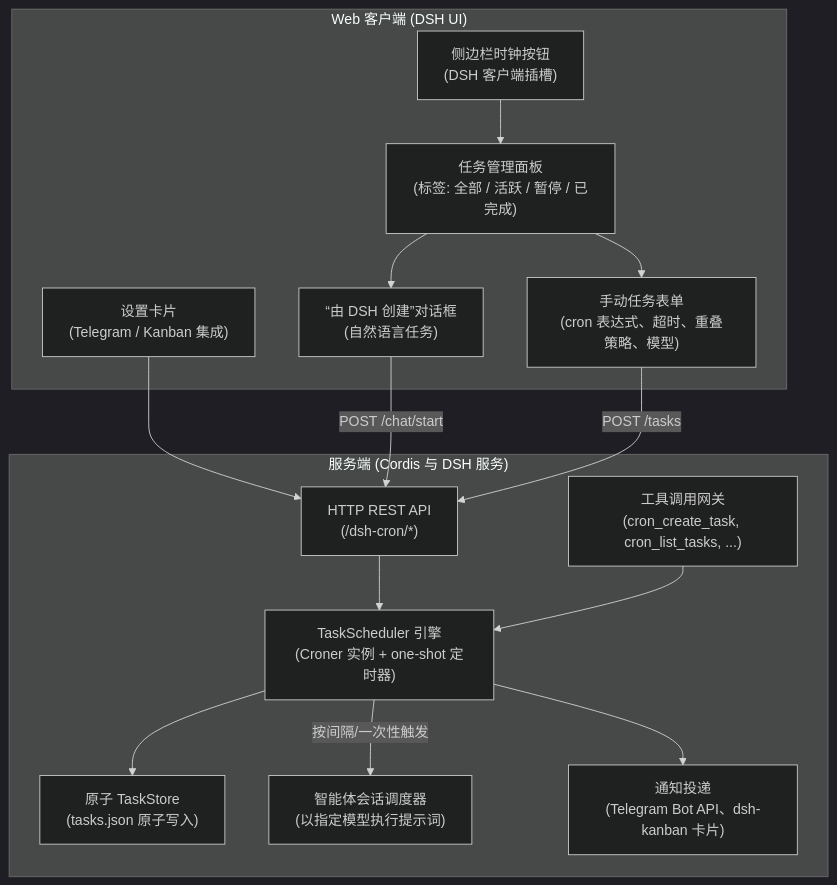
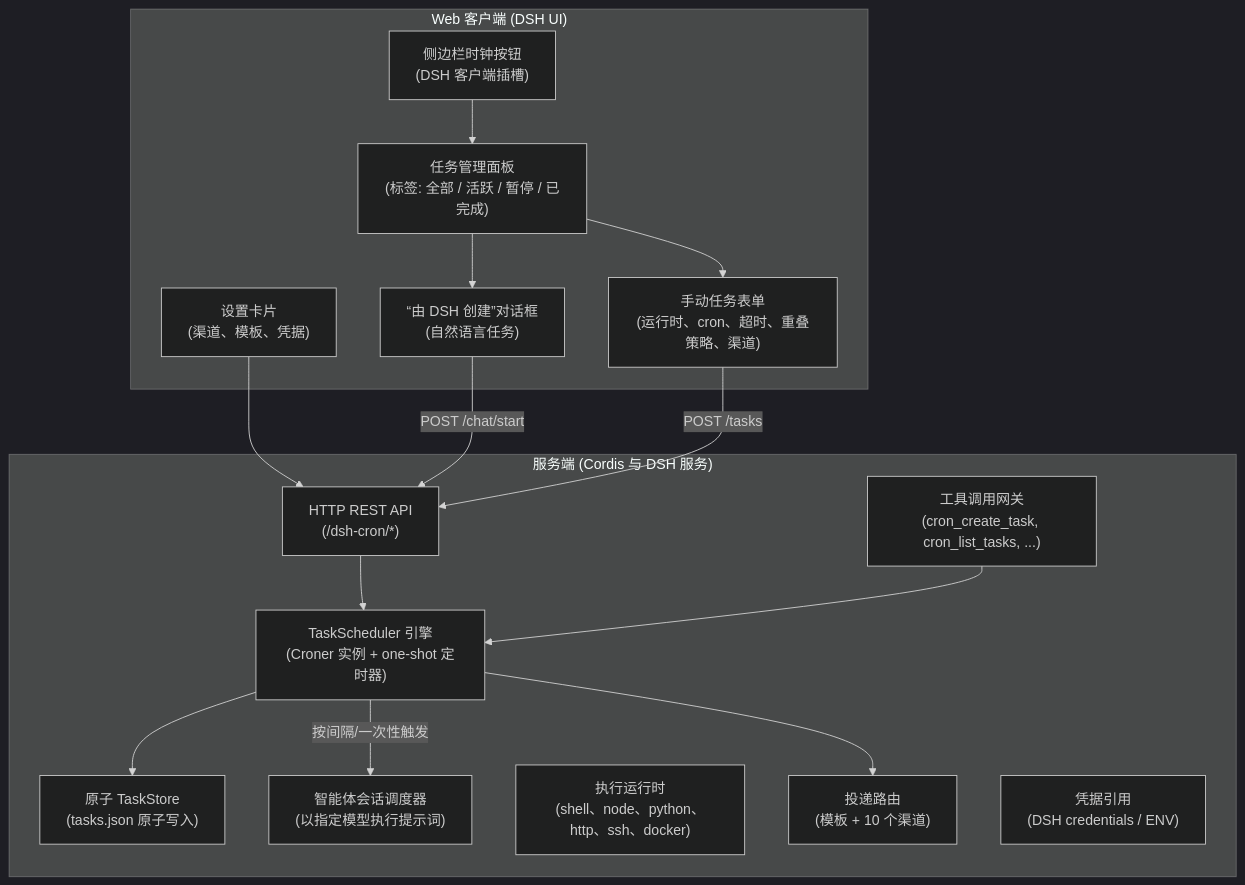
One commit to GooDAnDReaDY/dsh-cron changed the diagram in docs/README.zh.md. Above: the diagram before and after it, drawn with Mermaid (dark theme). The commit also changed other lines of this file and 5 other files, not shown here.

````diff
--- a/docs/README.zh.md
+++ b/docs/README.zh.md
@@ -43,31 +45,33 @@
 ```mermaid
 graph TD
     subgraph Client ["Web 客户端 (DSH UI)"]
         SidebarBtn["侧边栏时钟按钮<br/>(DSH 客户端插槽)"]
         Overlay["任务管理面板<br/>(标签: 全部 / 活跃 / 暂停 / 已完成)"]
         CreateWithDSH["“由 DSH 创建”对话框<br/>(自然语言任务)"]
-        ManualForm["手动任务表单<br/>(cron 表达式、超时、重叠策略、模型)"]
-        SettingsCard["设置卡片<br/>(Telegram / Kanban 集成)"]
+        ManualForm["手动任务表单<br/>(运行时、cron、超时、重叠策略、渠道)"]
+        SettingsCard["设置卡片<br/>(渠道、模板、凭据)"]
     end
 
     subgraph Server ["服务端 (Cordis 与 DSH 服务)"]
         HttpRoutes["HTTP REST API<br/>(/dsh-cron/*)"]
         AgentTools["工具调用网关<br/>(cron_create_task, cron_list_tasks, ...)"]
         Scheduler["TaskScheduler 引擎<br/>(Croner 实例 + one-shot 定时器)"]
         Store["原子 TaskStore<br/>(tasks.json 原子写入)"]
         AgentRunner["智能体会话调度器<br/>(以指定模型执行提示词)"]
-        Notify["通知投递<br/>(Telegram Bot API、dsh-kanban 卡片)"]
+        Runtimes["执行运行时<br/>(shell、node、python、http、ssh、docker)"]
+        Notify["投递路由<br/>(模板 + 10 个渠道)"]
+        Secrets["凭据引用<br/>(DSH credentials / ENV)"]
     end
 
     SidebarBtn --> Overlay
     Overlay --> CreateWithDSH
     Overlay --> ManualForm
     SettingsCard --> HttpRoutes
     CreateWithDSH -->|POST /chat/start| HttpRoutes
     ManualForm -->|POST /tasks| HttpRoutes
     HttpRoutes --> Scheduler
     AgentTools --> Scheduler
     Scheduler --> Store
     Scheduler -->|按间隔/一次性触发| AgentRunner
     Scheduler --> Notify
 ```
````
